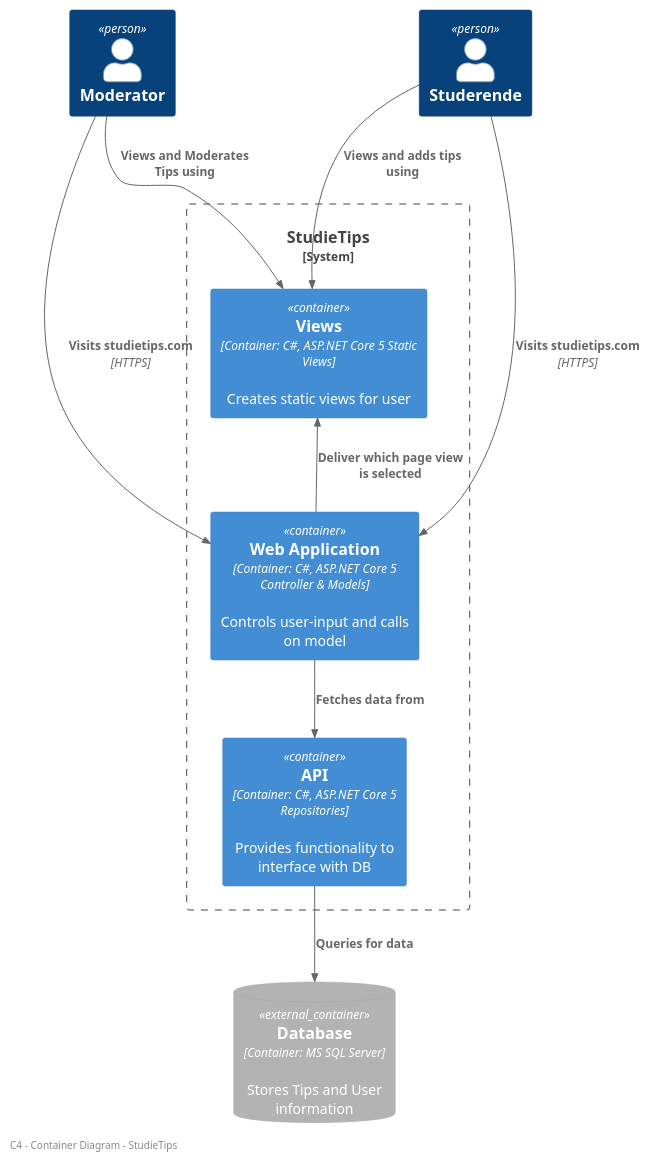
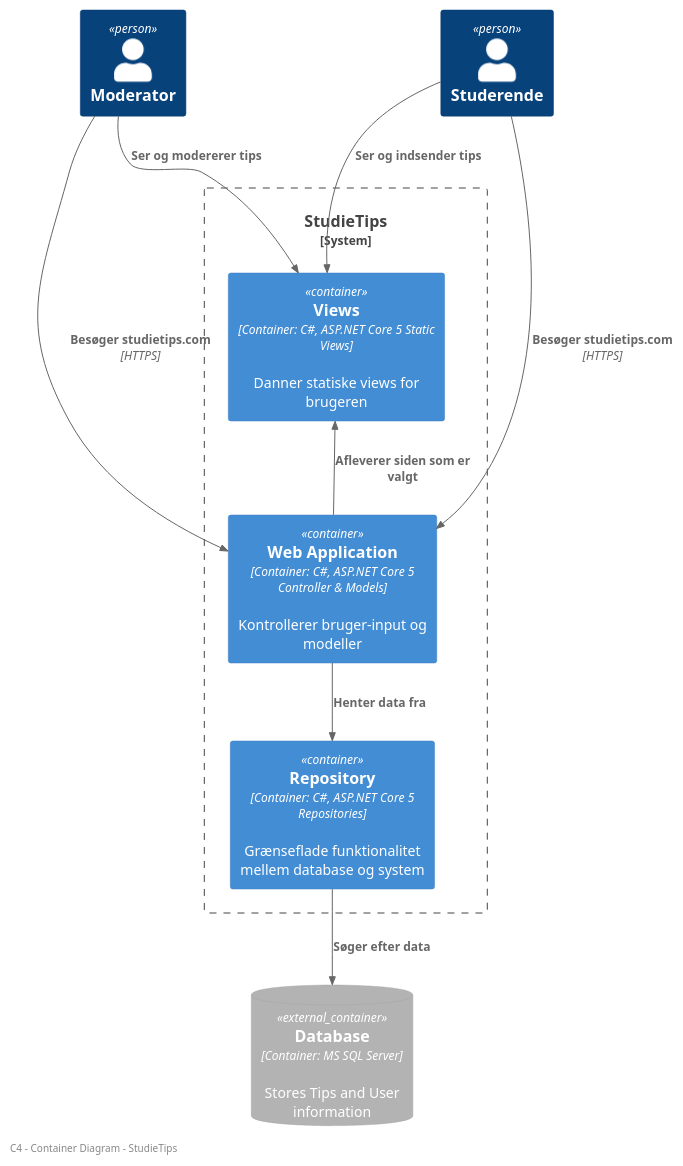
Before and after one commit to I4PRJ4/I4PRJ4-plantuml: the diagram in plantuml/C4/C4-Level2/container.puml, drawn with PlantUML. The commit also changed 68 other files, not shown here.

```diff
--- a/plantuml/C4/C4-Level2/container.puml
+++ b/plantuml/C4/C4-Level2/container.puml
@@ -1,36 +1,36 @@
 @startuml Container Diagram
 !include <C4/C4_Container>
 
 left footer C4 - Container Diagram - StudieTips
 
 Person(Moderator, "Moderator")
 Person(User, "Studerende")
 
 System_Boundary(c1, "StudieTips") {
-    Container(Views, "Views", "Container: C#, ASP.NET Core 5 Static Views", "Creates static views for user")
-    Container(WebApplication, "Web Application", "Container: C#, ASP.NET Core 5 Controller & Models", "Controls user-input and calls on model")
-    Container(API, "API", "Container: C#, ASP.NET Core 5 Repositories", "Provides functionality to interface with DB")
+    Container(Views, "Views", "Container: C#, ASP.NET Core 5 Static Views", "Danner statiske views for brugeren")
+    Container(WebApplication, "Web Application", "Container: C#, ASP.NET Core 5 Controller & Models", "Kontrollerer bruger-input og modeller")
+    Container(API, "Repository", "Container: C#, ASP.NET Core 5 Repositories", "Grænseflade funktionalitet mellem database og system")
 }
 ContainerDb_Ext(Database, "Database","Container: MS SQL Server","Stores Tips and User information")
 
 Lay_D(User,c1)
 Lay_D(Moderator,c1)
 Lay_R(Views,WebApplication)
 
-Rel(User,Views, "Views and adds tips using")
-Rel(Moderator, Views, "Views and Moderates Tips using")
+Rel(User,Views, "Ser og indsender tips")
+Rel(Moderator, Views, "Ser og modererer tips")
 
 
-Rel(User,WebApplication, "Visits studietips.com", "HTTPS")
-Rel(Moderator, WebApplication, "Visits studietips.com", "HTTPS")
+Rel(User,WebApplication, "Besøger studietips.com", "HTTPS")
+Rel(Moderator, WebApplication, "Besøger studietips.com", "HTTPS")
 
-Rel(WebApplication,Views, "Deliver which page view is selected")
+Rel(WebApplication,Views, "Afleverer siden som er valgt")
 
-Rel(WebApplication,API, "Fetches data from")
+Rel(WebApplication,API, "Henter data fra")
 
-Rel(API,Database, "Queries for data")
+Rel(API,Database, "Søger efter data")
 
 
 
 
 @enduml
```
